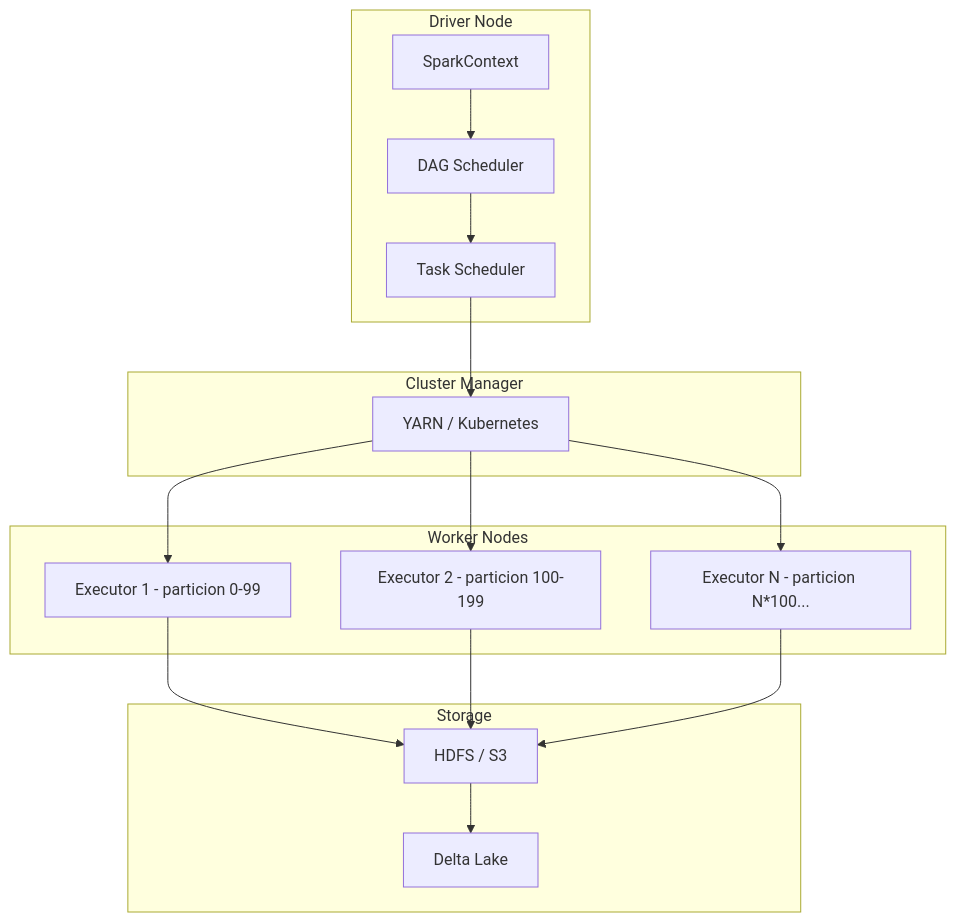
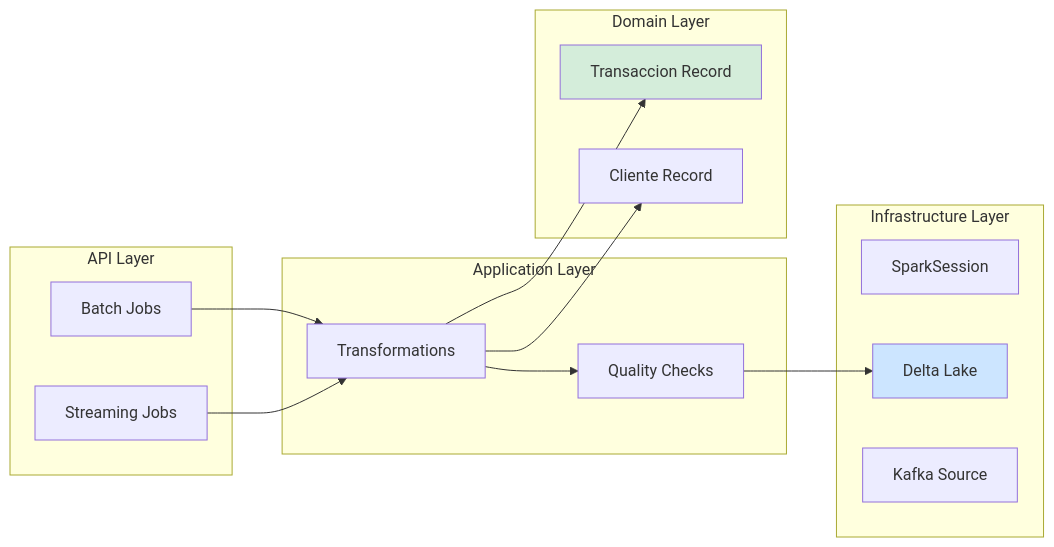
One commit to Joaquinriosheredia/DAM-Java-Mastery changed the second of 3 diagrams in 07_BigData_Streaming/bigdata_etl_apache_spark_y_java_21_STAFF.md. Above: the diagram before and after it, drawn with Mermaid. The commit also changed other lines of this file, not shown here.

Commit message:
bigdata_etl_apache_spark_y_java_21_STAFF.md

````diff
--- a/07_BigData_Streaming/bigdata_etl_apache_spark_y_java_21_STAFF.md
+++ b/07_BigData_Streaming/bigdata_etl_apache_spark_y_java_21_STAFF.md
@@ -86,30 +153,34 @@
 ```mermaid
-graph TD
-    subgraph Driver Node
-        A[SparkContext]
-        B[DAG Scheduler]
-        C[Task Scheduler]
+graph LR
+    subgraph "API Layer"
+        BATCH[Batch Jobs]
+        STREAM[Streaming Jobs]
     end
-    subgraph Cluster Manager
-        D[YARN / Kubernetes]
+    
+    subgraph "Application Layer"
+        TRANSFORM[Transformations]
+        VALIDATE[Quality Checks]
     end
-    subgraph Worker Nodes
-        E[Executor 1 - particion 0-99]
-        F[Executor 2 - particion 100-199]
-        G[Executor N - particion N*100...]
+    
+    subgraph "Domain Layer"
+        TRANS[Transaccion Record]
+        CLIENTE[Cliente Record]
     end
-    subgraph Storage
-        H[HDFS / S3]
-        I[Delta Lake]
+    
+    subgraph "Infrastructure Layer"
+        SPARK[SparkSession]
+        DELTA[Delta Lake]
+        KAFKA[Kafka Source]
     end
-    A --> B
-    B --> C
-    C --> D
-    D --> E
-    D --> F
-    D --> G
-    E --> H
-    F --> H
-    G --> H
-    H --> I
+    
+    BATCH --> TRANSFORM
+    STREAM --> TRANSFORM
+    TRANSFORM --> VALIDATE
+    VALIDATE --> DELTA
+    
+    TRANSFORM --> TRANS
+    TRANSFORM --> CLIENTE
+    
+    style TRANS fill:#d4edda
+    style DELTA fill:#cce5ff
 ```
````
